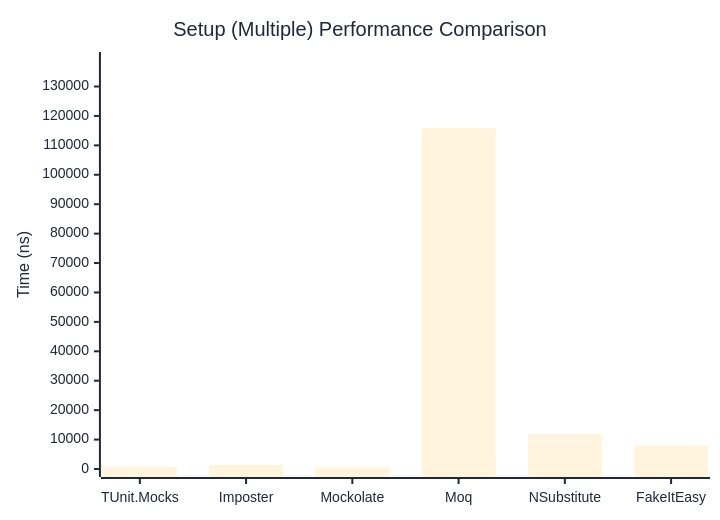
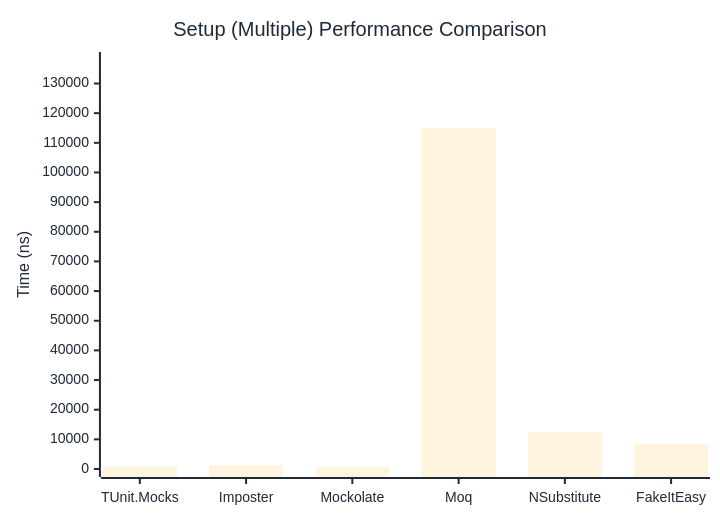
Before and after one commit to thomhurst/TUnit: the second of 2 diagrams in docs/docs/benchmarks/mocks/Setup.md, drawn with Mermaid. The commit also changed other lines of this file and 14 other files, not shown here.

````diff
--- a/docs/docs/benchmarks/mocks/Setup.md
+++ b/docs/docs/benchmarks/mocks/Setup.md
@@ -71,27 +71,27 @@
 ```mermaid
 %%{init: {
   'theme':'base',
   'themeVariables': {
     'primaryColor': '#2563eb',
     'primaryTextColor': '#1f2937',
     'primaryBorderColor': '#1e40af',
     'lineColor': '#6b7280',
     'secondaryColor': '#7c3aed',
     'tertiaryColor': '#dc2626',
     'background': '#ffffff',
     'pie1': '#2563eb',
     'pie2': '#7c3aed',
     'pie3': '#dc2626',
     'pie4': '#f59e0b',
     'pie5': '#10b981',
     'pie6': '#06b6d4',
     'pie7': '#ec4899',
     'pie8': '#6366f1'
   }
 }}%%
 xychart-beta
   title "Setup (Multiple) Performance Comparison"
   x-axis ["TUnit.Mocks", "Imposter", "Mockolate", "Moq", "NSubstitute", "FakeItEasy"]
-  y-axis "Time (ns)" 0 --> 139011
-  bar [782.8, 1335.5, 548.8, 115841.8, 11868.7, 7978.9]
+  y-axis "Time (ns)" 0 --> 137928
+  bar [798, 1400, 546.6, 114939.6, 12481.2, 8389.3]
 ```
````
